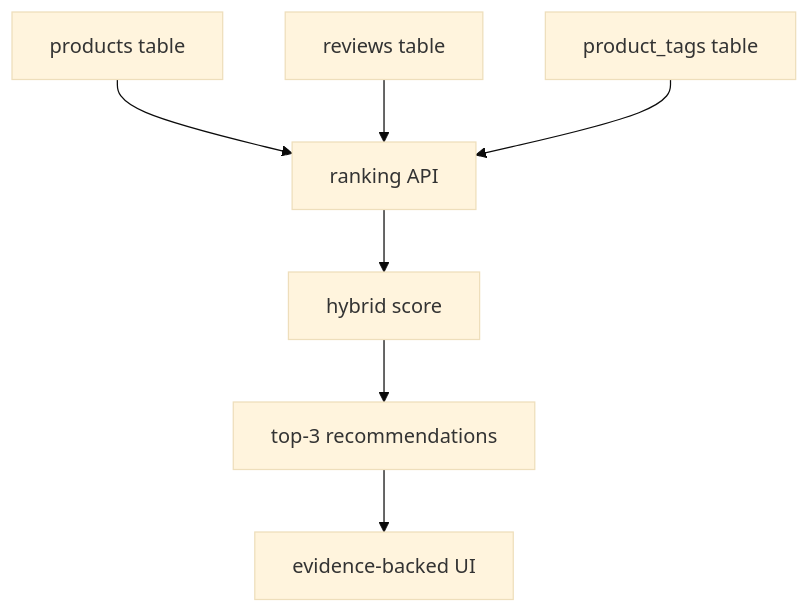
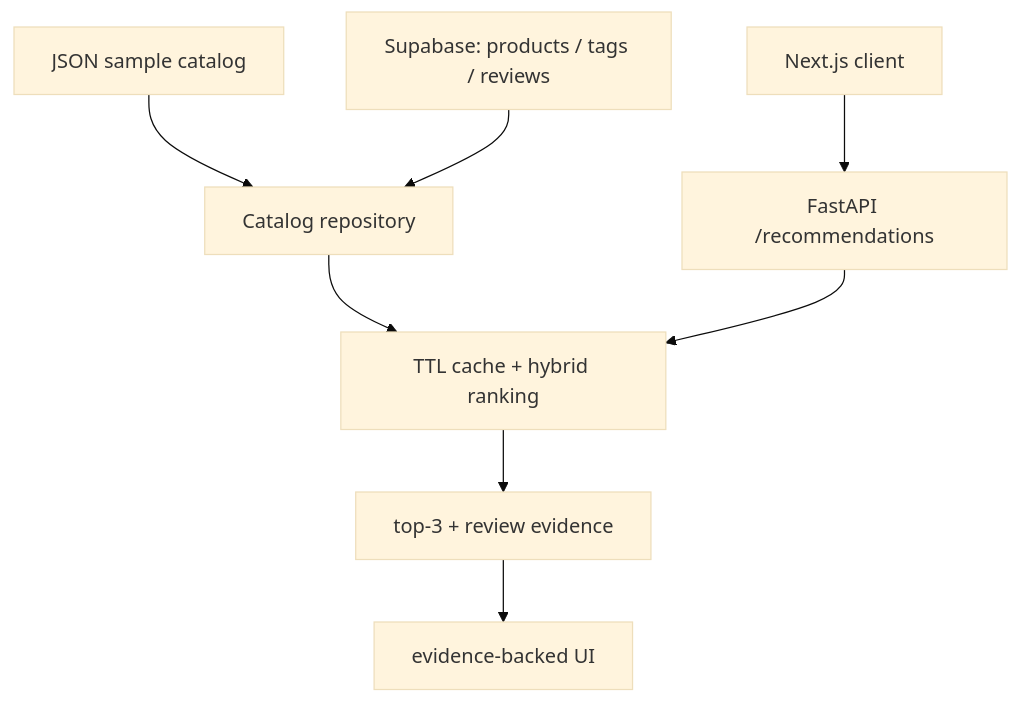
One commit to Samuel-0930/glowfit-ai changed the second of 2 diagrams in README.md. Above: the diagram before and after it, drawn with Mermaid (base theme). The commit also changed other lines of this file and 31 other files, not shown here.

````diff
--- a/README.md
+++ b/README.md
@@ -60,9 +62,10 @@
 ```mermaid
 flowchart TB
-    A["products table"] --> D["ranking API"]
-    B["reviews table"] --> D
-    C["product_tags table"] --> D
-    D --> E["hybrid score"]
-    E --> F["top-3 recommendations"]
-    F --> G["evidence-backed UI"]
+    A["Next.js client"] --> B["FastAPI /recommendations"]
+    C["JSON sample catalog"] --> D["Catalog repository"]
+    E["Supabase: products / tags / reviews"] --> D
+    D --> F["TTL cache + hybrid ranking"]
+    B --> F
+    F --> G["top-3 + review evidence"]
+    G --> H["evidence-backed UI"]
 ```
````
